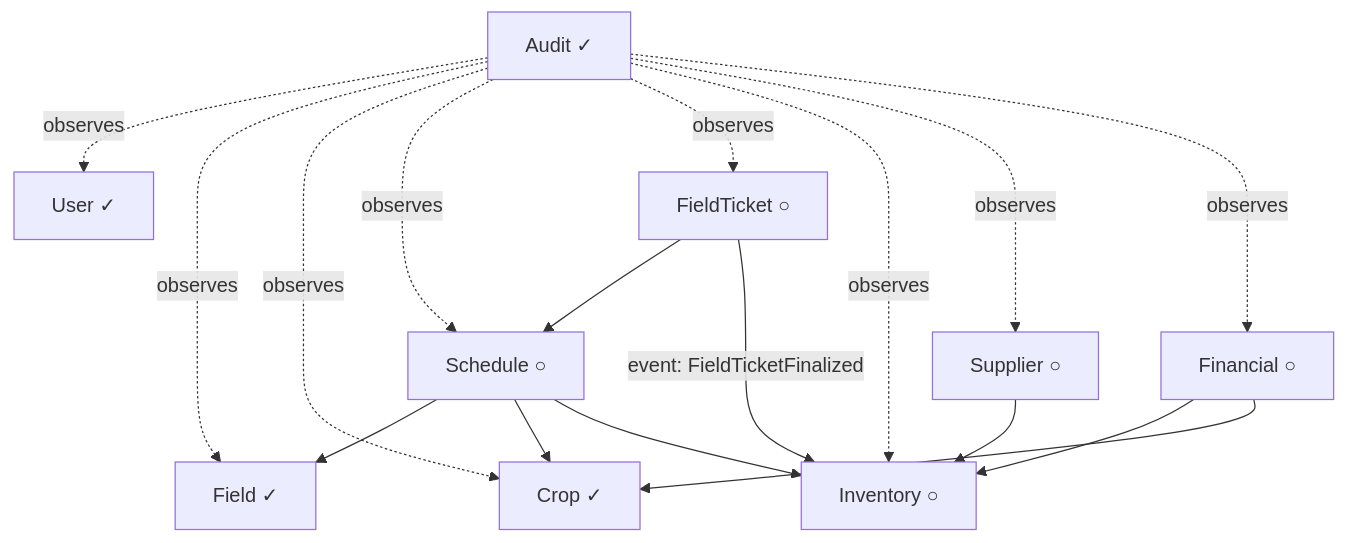
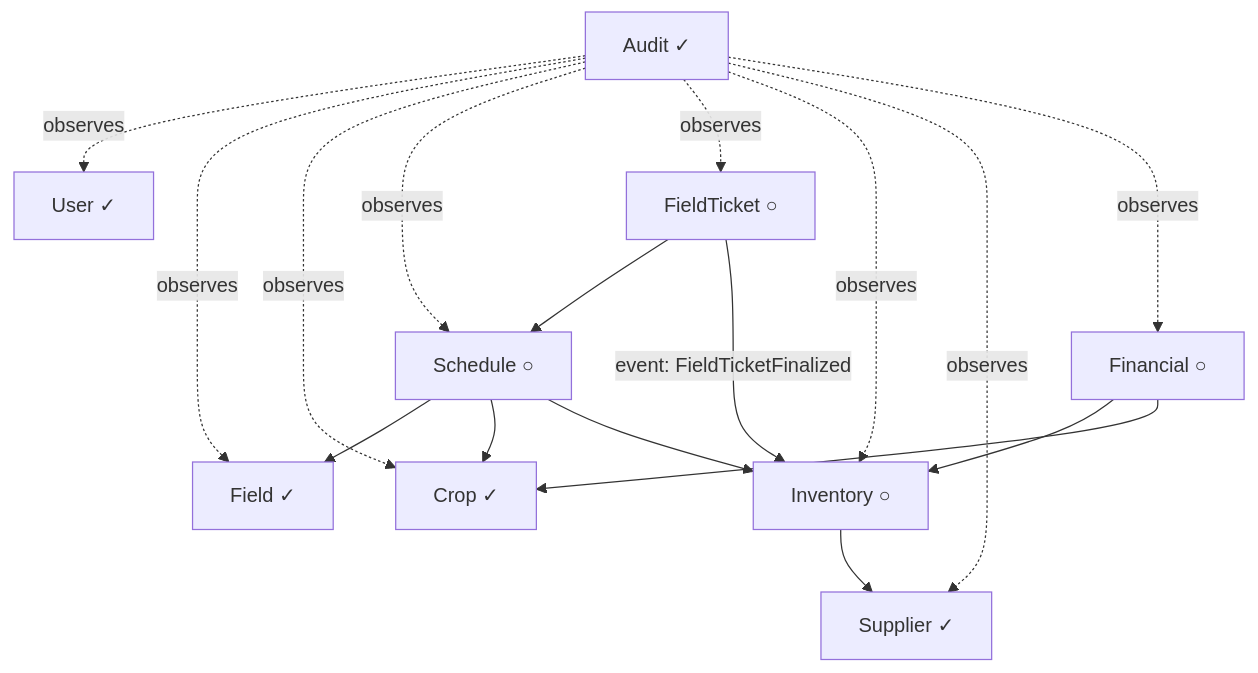
One commit to fellipefreiire/farm-app-docs changed the diagram in architecture.md. Above: the diagram before and after it, drawn with Mermaid. The commit also changed other lines of this file and 7 other files, not shown here.

````diff
--- a/architecture.md
+++ b/architecture.md
@@ -27,29 +27,29 @@
 ```mermaid
 graph TD
   User[User ✓]
   Field[Field ✓]
   Crop[Crop ✓]
   Audit[Audit ✓]
   Schedule[Schedule ○]
   FieldTicket[FieldTicket ○]
   Inventory[Inventory ○]
-  Supplier[Supplier ○]
+  Supplier[Supplier ✓]
   Financial[Financial ○]
 
   Schedule --> Field
   Schedule --> Crop
   Schedule --> Inventory
   FieldTicket --> Schedule
   FieldTicket -->|event: FieldTicketFinalized| Inventory
   Financial --> Inventory
   Financial --> Crop
-  Supplier --> Inventory
+  Inventory --> Supplier
   Audit -.->|observes| User
   Audit -.->|observes| Field
   Audit -.->|observes| Crop
   Audit -.->|observes| Schedule
   Audit -.->|observes| FieldTicket
   Audit -.->|observes| Inventory
   Audit -.->|observes| Supplier
   Audit -.->|observes| Financial
 ```
````
